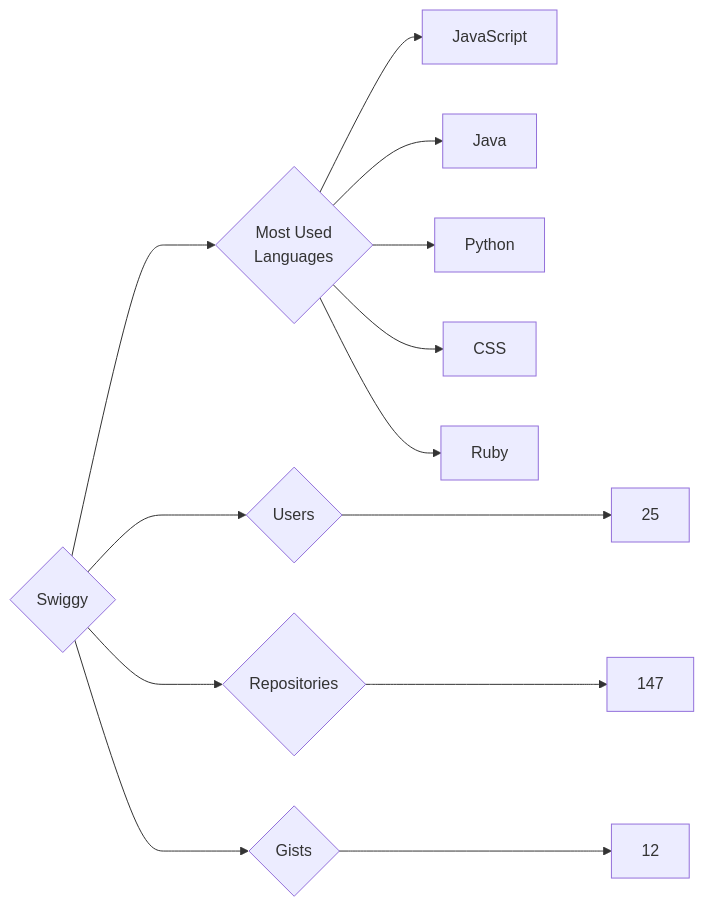
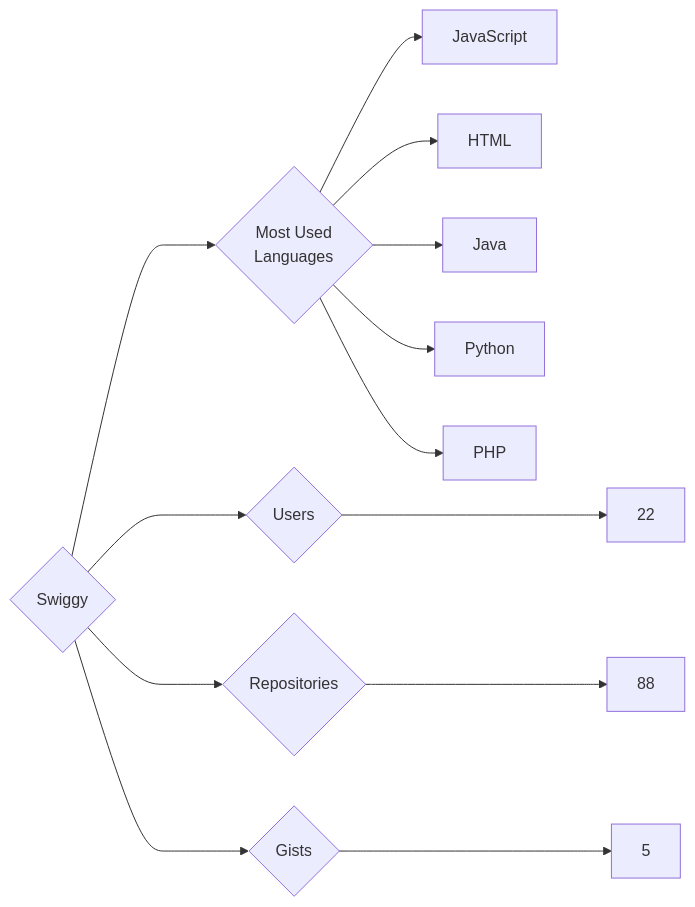
Before and after one commit to trickest/insiders: the diagram in targets/Swiggy/README.md, drawn with Mermaid. The commit also changed 940 other files, not shown here.

````diff
--- a/targets/Swiggy/README.md
+++ b/targets/Swiggy/README.md
@@ -3,13 +3,13 @@
 ```mermaid
 graph LR
 COMPANY_NAME{Swiggy}
-COMPANY_NAME ---> U{Users} ---> UN[25]
-COMPANY_NAME ---> R{Repositories} ---> RN[147]
-COMPANY_NAME ---> G{Gists} ---> GN[12]
+COMPANY_NAME ---> U{Users} ---> UN[22]
+COMPANY_NAME ---> R{Repositories} ---> RN[88]
+COMPANY_NAME ---> G{Gists} ---> GN[5]
 COMPANY_NAME ---> ML{Most Used<br>Languages}
 ML --> JavaScript[JavaScript]
+ML --> HTML[HTML]
 ML --> Java[Java]
 ML --> Python[Python]
-ML --> CSS[CSS]
-ML --> Ruby[Ruby]
+ML --> PHP[PHP]
 ```
````
